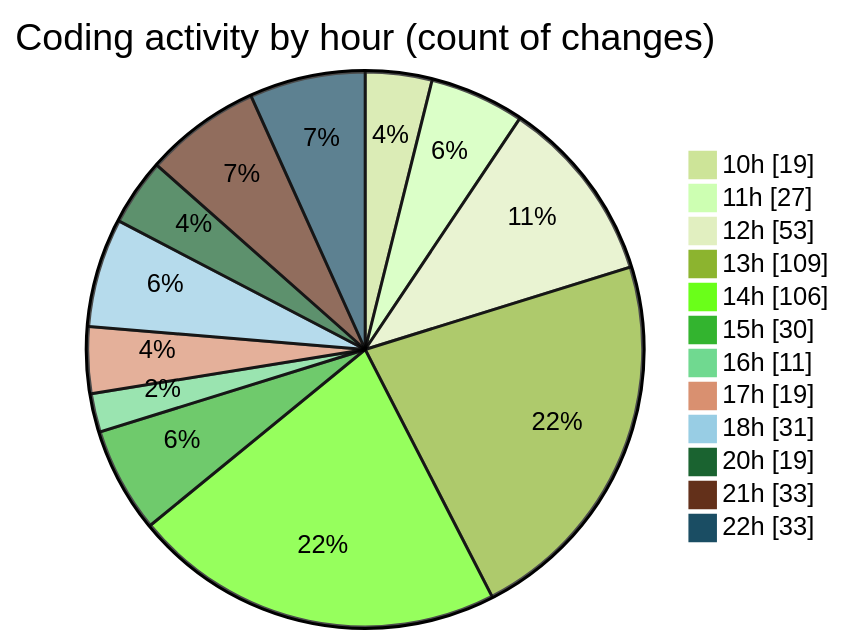
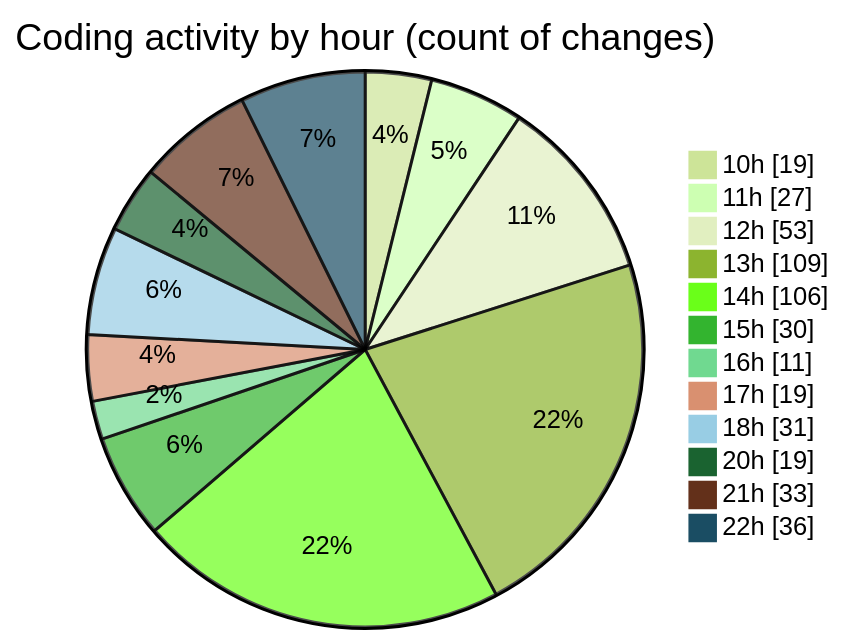
Before and after one commit to momahboobian/code-tracking: the second of 2 diagrams in 2025-03-18/cda/README.md, drawn with Mermaid (forest theme). The commit also changed other lines of this file and 1 other file, not shown here.

````diff
--- a/2025-03-18/cda/README.md
+++ b/2025-03-18/cda/README.md
@@ -44,16 +44,16 @@
 ```mermaid
 pie showData
 title Coding activity by hour (count of changes)
 "10h" : 19
 "11h" : 27
 "12h" : 53
 "13h" : 109
 "14h" : 106
 "15h" : 30
 "16h" : 11
 "17h" : 19
 "18h" : 31
 "20h" : 19
 "21h" : 33
-"22h" : 33
+"22h" : 36
 ```
````
